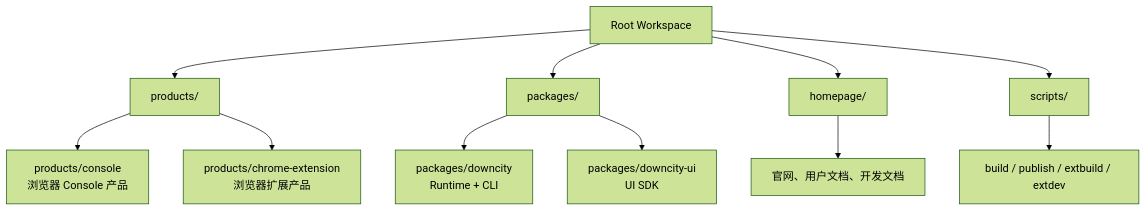
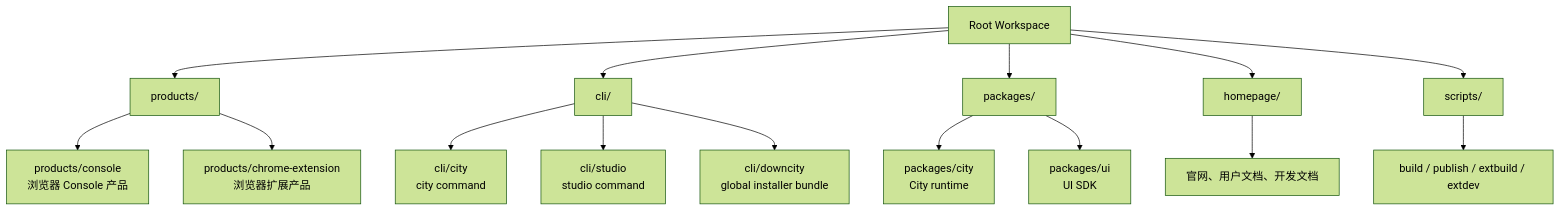
Before and after one commit to wangenius/downcity: the first of 4 diagrams in homepage/content/devdocs/zh/architecture/workspace-package-structure.mdx, drawn with Mermaid (forest theme). The commit also changed other lines of this file and 278 other files, not shown here.

Commit message:
refactor(cli): split terminal packages

````diff
--- a/homepage/content/devdocs/zh/architecture/workspace-package-structure.mdx
+++ b/homepage/content/devdocs/zh/architecture/workspace-package-structure.mdx
@@ -57,16 +72,20 @@
 ```mermaid
 flowchart TD
     Root["Root Workspace"] --> Studios["products/"]
+    Root --> Cli["cli/"]
     Root --> Packages["packages/"]
     Root --> Homepage["homepage/"]
     Root --> Scripts["scripts/"]
 
     Studios --> Console["products/console<br/>浏览器 Console 产品"]
     Studios --> Extension["products/chrome-extension<br/>浏览器扩展产品"]
 
-    Packages --> Runtime["packages/downcity<br/>Runtime + CLI"]
-    Packages --> UI["packages/downcity-ui<br/>UI SDK"]
+    Cli --> CityCli["cli/city<br/>city command"]
+    Cli --> StudioCli["cli/studio<br/>studio command"]
+    Cli --> Bundle["cli/downcity<br/>global installer bundle"]
+    Packages --> Runtime["packages/city<br/>City runtime"]
+    Packages --> UI["packages/ui<br/>UI SDK"]
 
     Homepage --> Site["官网、用户文档、开发文档"]
     Scripts --> Build["build / publish / extbuild / extdev"]
 ```
````
